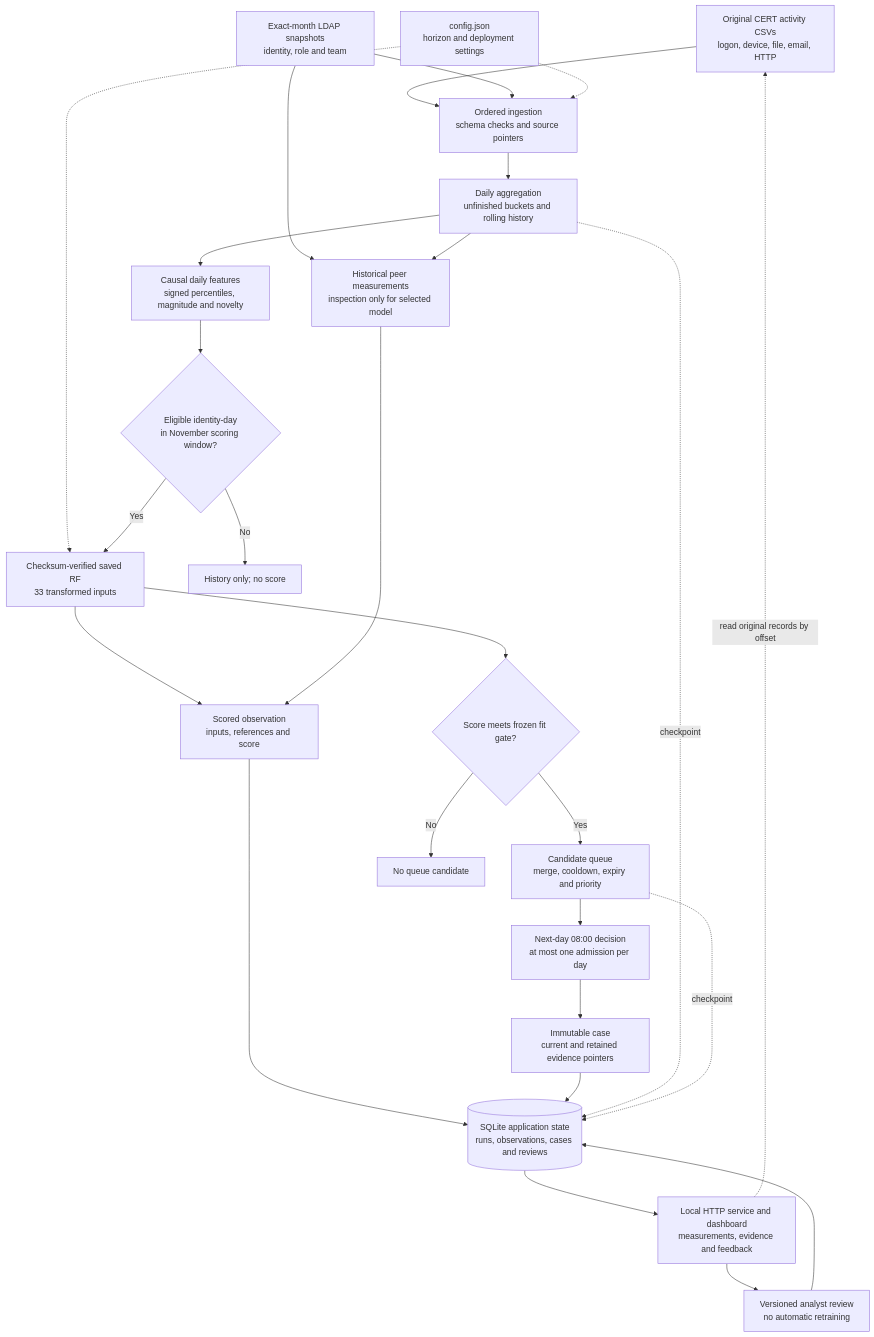
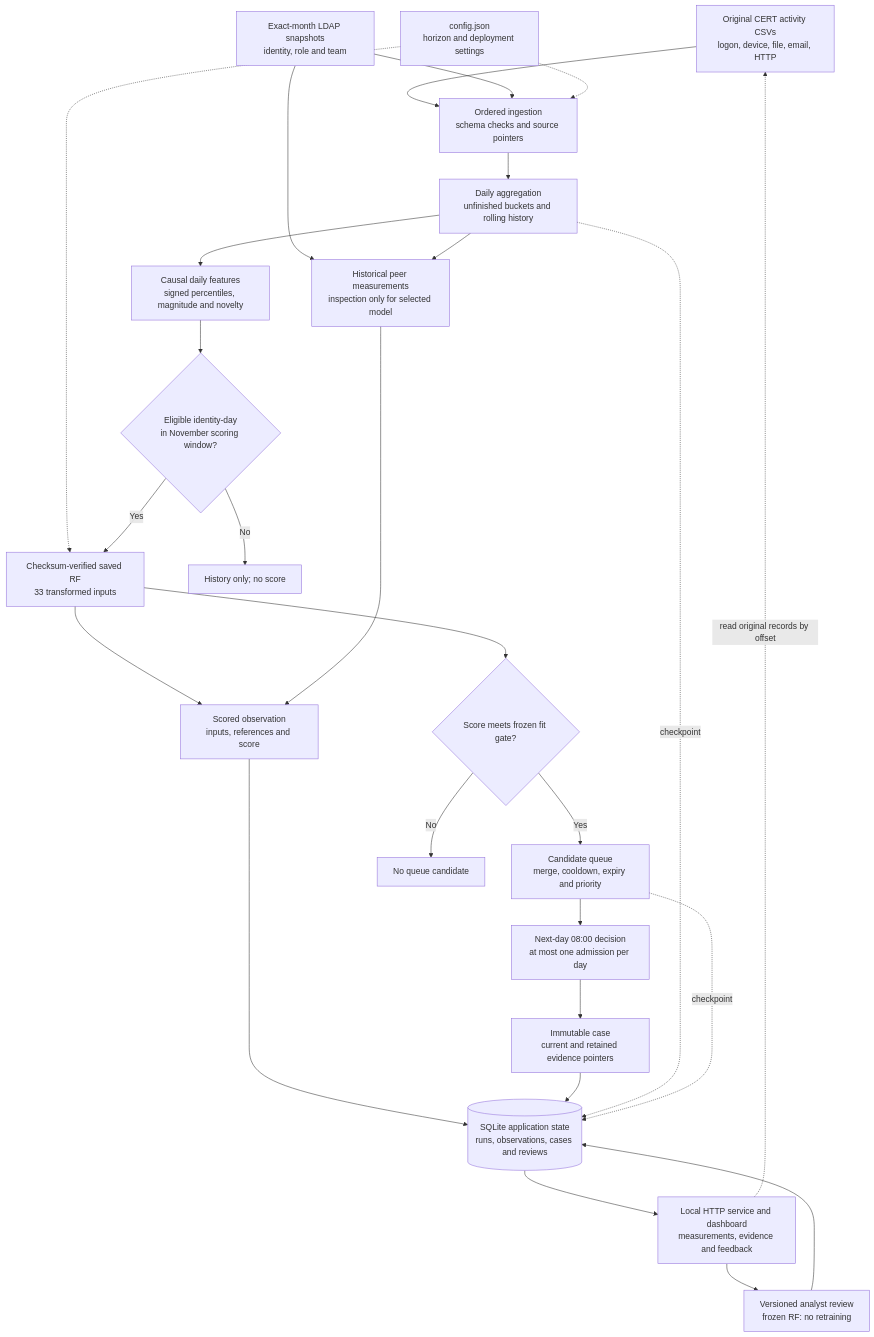
Before and after one commit to lazinWolf/SentinelID: the first of 4 diagrams in ARCHITECTURE.md, drawn with Mermaid. The commit also changed other lines of this file and 19 other files, not shown here.

````diff
--- a/ARCHITECTURE.md
+++ b/ARCHITECTURE.md
@@ -7,40 +7,40 @@
 ```mermaid
 flowchart TD
     CSV["Original CERT activity CSVs<br/>logon, device, file, email, HTTP"]
     LDAP["Exact-month LDAP snapshots<br/>identity, role and team"]
     CFG["config.json<br/>horizon and deployment settings"]
     READ["Ordered ingestion<br/>schema checks and source pointers"]
     HISTORY["Daily aggregation<br/>unfinished buckets and rolling history"]
     FEATURES["Causal daily features<br/>signed percentiles, magnitude and novelty"]
     ELIGIBLE{"Eligible identity-day<br/>in November scoring window?"}
     PEER["Historical peer measurements<br/>inspection only for selected model"]
     MODEL["Checksum-verified saved RF<br/>33 transformed inputs"]
     GATE{"Score meets frozen fit gate?"}
     OBS["Scored observation<br/>inputs, references and score"]
     QUEUE["Candidate queue<br/>merge, cooldown, expiry and priority"]
     DECIDE["Next-day 08:00 decision<br/>at most one admission per day"]
     CASE["Immutable case<br/>current and retained evidence pointers"]
     DB[("SQLite application state<br/>runs, observations, cases and reviews")]
     UI["Local HTTP service and dashboard<br/>measurements, evidence and feedback"]
-    REVIEW["Versioned analyst review<br/>no automatic retraining"]
+    REVIEW["Versioned analyst review<br/>frozen RF: no retraining"]
 
     CSV --> READ
     LDAP --> READ
     LDAP --> PEER
     CFG -.-> READ
     CFG -.-> MODEL
     READ --> HISTORY --> FEATURES --> ELIGIBLE
     HISTORY --> PEER
     ELIGIBLE -->|Yes| MODEL
     ELIGIBLE -->|No| HISTORYONLY["History only; no score"]
     MODEL --> OBS --> DB
     PEER --> OBS
     MODEL --> GATE
     GATE -->|Yes| QUEUE --> DECIDE --> CASE --> DB
     GATE -->|No| NOCASE["No queue candidate"]
     HISTORY -. "checkpoint" .-> DB
     QUEUE -. "checkpoint" .-> DB
     DB --> UI
     UI -. "read original records by offset" .-> CSV
     UI --> REVIEW --> DB
 ```
````
